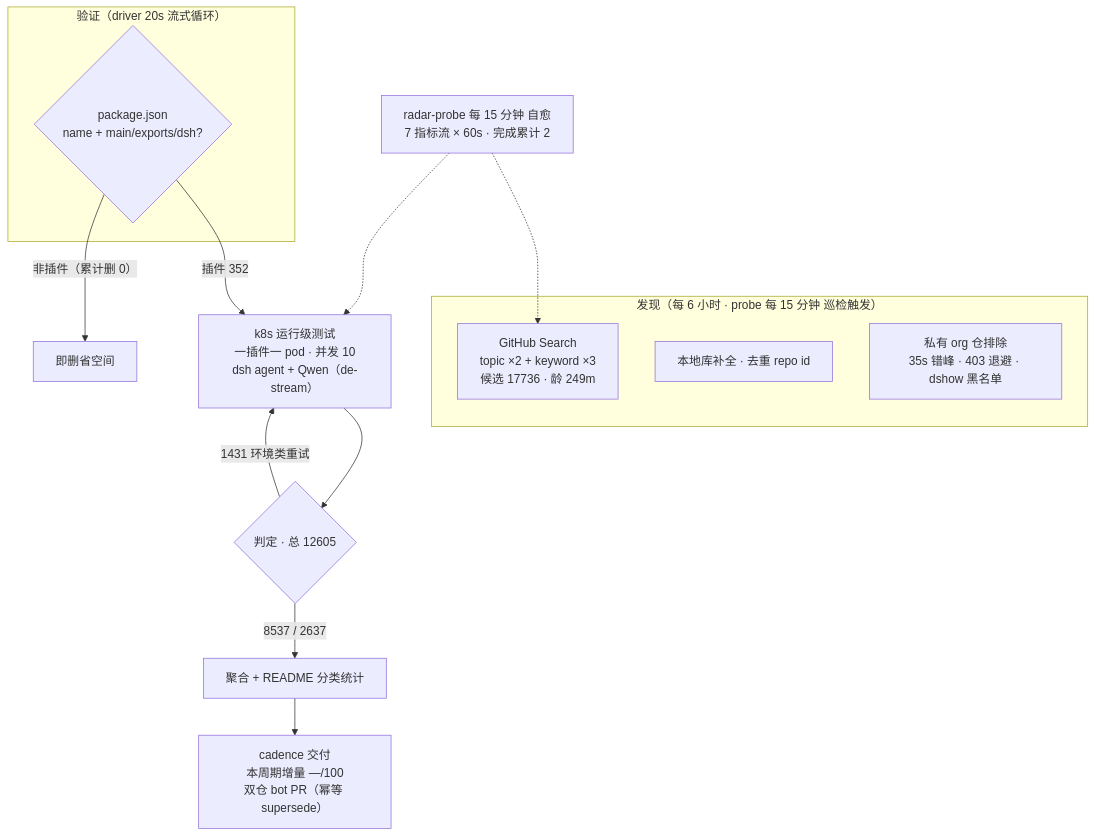
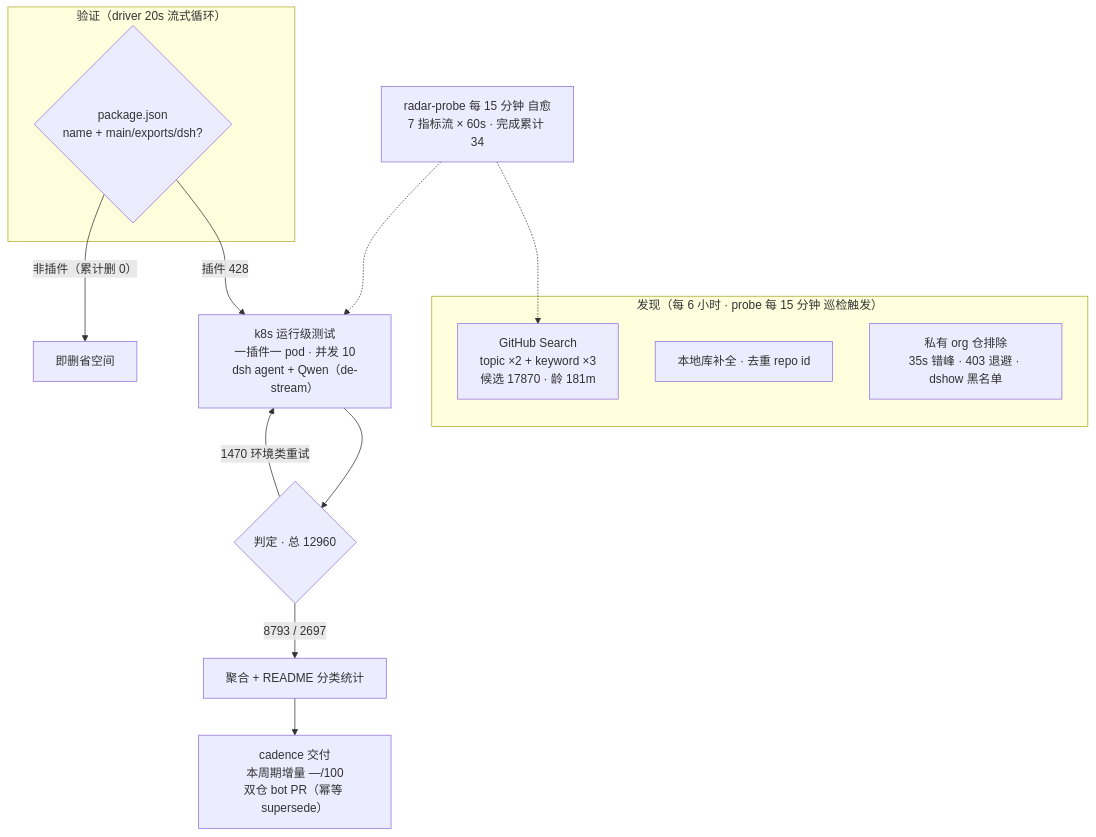
Before and after one commit to Zhidao-Lab-OSS/awesome-dsh-plugins: the diagram in README.md, drawn with Mermaid. The commit also changed other lines of this file and 1 other file, not shown here.

````diff
--- a/README.md
+++ b/README.md
@@ -52,20 +52,20 @@
 ```mermaid
 flowchart TB
     subgraph Discovery["发现（每 6 小时 · probe 每 15 分钟 巡检触发）"]
-        A1["GitHub Search<br/>topic ×2 + keyword ×3<br/>候选 17736 · 龄 249m"]
+        A1["GitHub Search<br/>topic ×2 + keyword ×3<br/>候选 17870 · 龄 181m"]
         A2["本地库补全 · 去重 repo id"]
         A3["私有 org 仓排除<br/>35s 错峰 · 403 退避 · dshow 黑名单"]
     end
     subgraph Validation["验证（driver 20s 流式循环）"]
         B1{"package.json<br/>name + main/exports/dsh?"}
     end
-    B1 -->|"插件 352"| C1["k8s 运行级测试<br/>一插件一 pod · 并发 10<br/>dsh agent + Qwen（de-stream）"]
+    B1 -->|"插件 428"| C1["k8s 运行级测试<br/>一插件一 pod · 并发 10<br/>dsh agent + Qwen（de-stream）"]
     B1 -->|"非插件（累计删 0）"| B3["即删省空间"]
-    C1 --> D1{"判定 · 总 12605"}
-    D1 -->|"8537 / 2637"| E1["聚合 + README 分类统计"]
-    D1 -->|"1431 环境类重试"| C1
+    C1 --> D1{"判定 · 总 12960"}
+    D1 -->|"8793 / 2697"| E1["聚合 + README 分类统计"]
+    D1 -->|"1470 环境类重试"| C1
     E1 --> E2["cadence 交付<br/>本周期增量 —/100<br/>双仓 bot PR（幂等 supersede）"]
-    M["radar-probe 每 15 分钟 自愈<br/>7 指标流 × 60s · 完成累计 2"]
+    M["radar-probe 每 15 分钟 自愈<br/>7 指标流 × 60s · 完成累计 34"]
     M -.-> A1
     M -.-> C1
 ```
````
